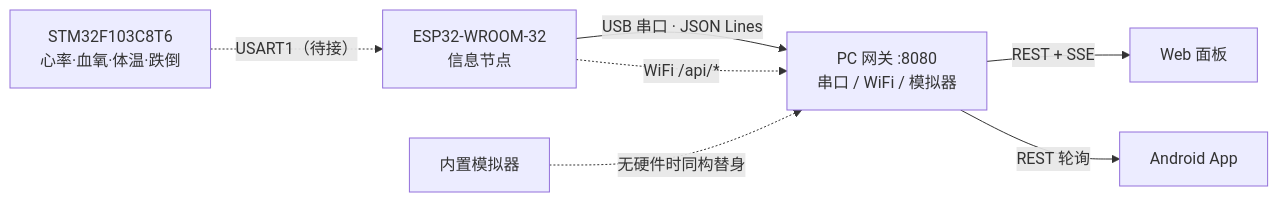
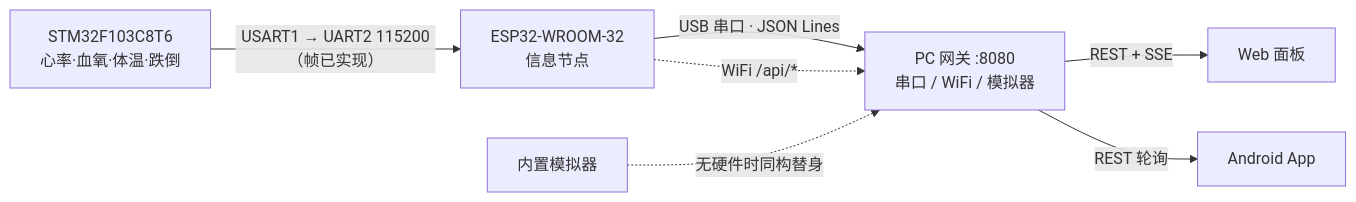
The second of 2 diagrams in README.md (PandaGuGu/stm32-health-monitor), drawn with Mermaid before and after one commit. The commit also changed other lines of this file and 24 other files, not shown here.

First line of the commit message:
feat(vitals): 打通 STM32 → ESP32 生理数据链路

````diff
--- a/README.md
+++ b/README.md
@@ -104,16 +105,16 @@
 ```mermaid
 flowchart LR
     STM32["STM32F103C8T6<br/>心率·血氧·体温·跌倒"]
     ESP32["ESP32-WROOM-32<br/>信息节点"]
     GW["PC 网关 :8080<br/>串口 / WiFi / 模拟器"]
     WEB["Web 面板"]
     APP["Android App"]
     MOCK["内置模拟器"]
 
-    STM32 -. "USART1（待接）" .-> ESP32
+    STM32 -- "USART1 → UART2 115200（帧已实现）" --> ESP32
     ESP32 -- "USB 串口 · JSON Lines" --> GW
     ESP32 -. "WiFi /api/*" .-> GW
     MOCK -. "无硬件时同构替身" .-> GW
     GW -- "REST + SSE" --> WEB
     GW -- "REST 轮询" --> APP
 ```
````
